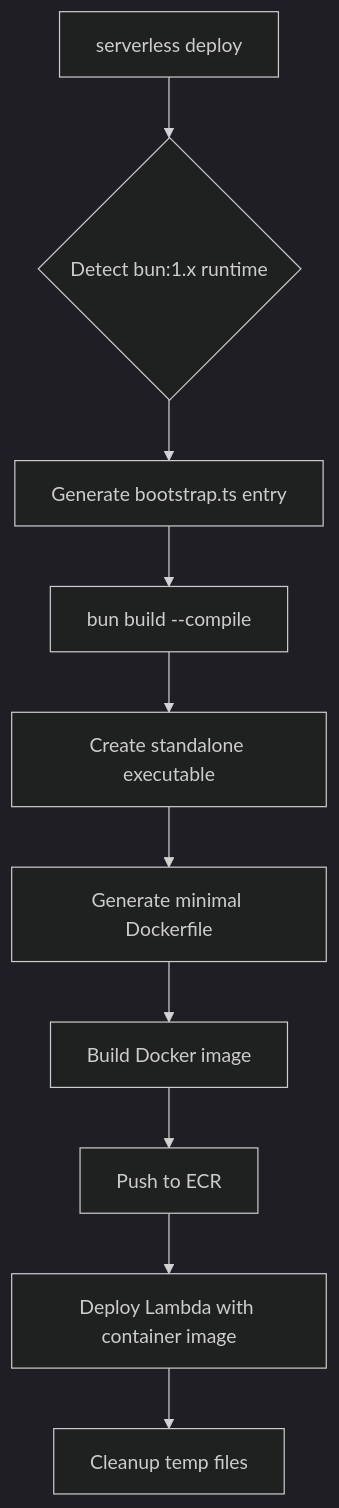
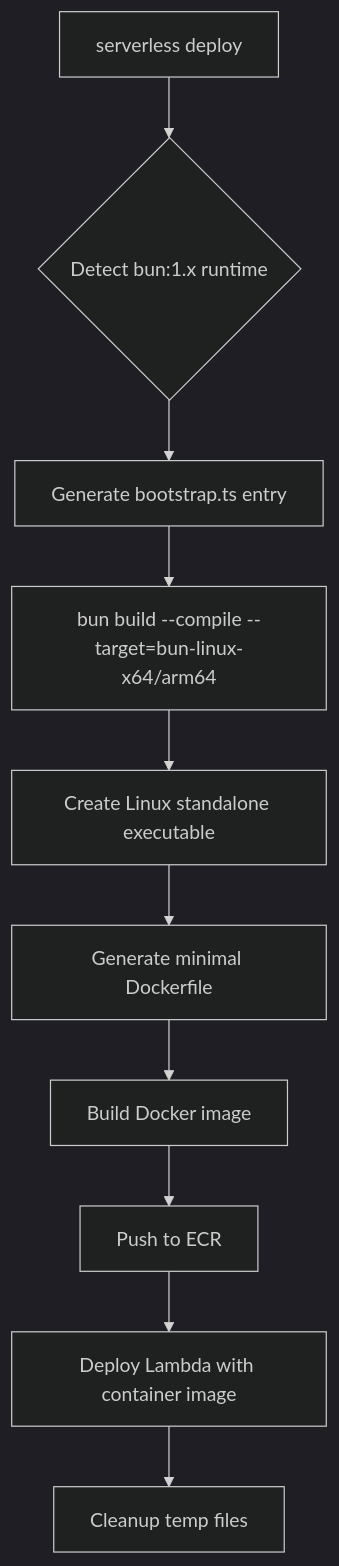
Before and after one commit to thadeu/serverless-bun-plugin: the first of 2 diagrams in README.md, drawn with Mermaid (dark theme). The commit also changed other lines of this file and 2 other files, not shown here.

````diff
--- a/README.md
+++ b/README.md
@@ -129,12 +130,12 @@
 ```mermaid
 flowchart TD
     A[serverless deploy] --> B{Detect bun:1.x runtime}
     B --> C[Generate bootstrap.ts entry]
-    C --> D[bun build --compile]
-    D --> E[Create standalone executable]
+    C --> D[bun build --compile --target=bun-linux-x64/arm64]
+    D --> E[Create Linux standalone executable]
     E --> F[Generate minimal Dockerfile]
     F --> G[Build Docker image]
     G --> H[Push to ECR]
     H --> I[Deploy Lambda with container image]
     I --> J[Cleanup temp files]
 ```
````
